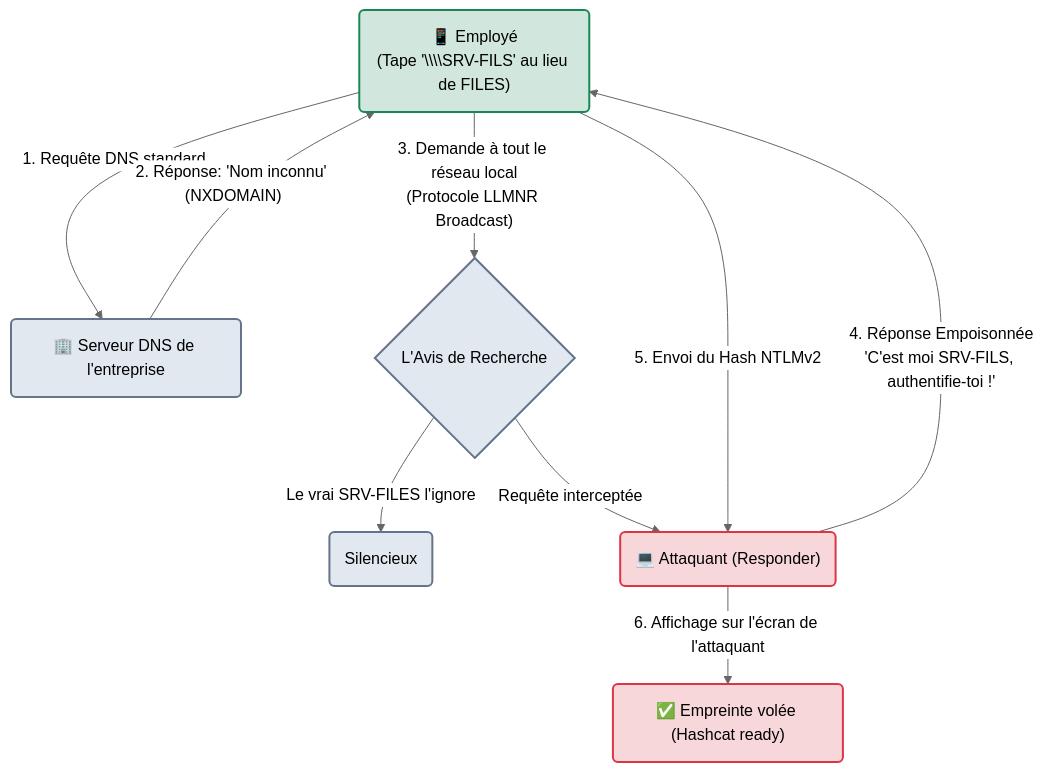
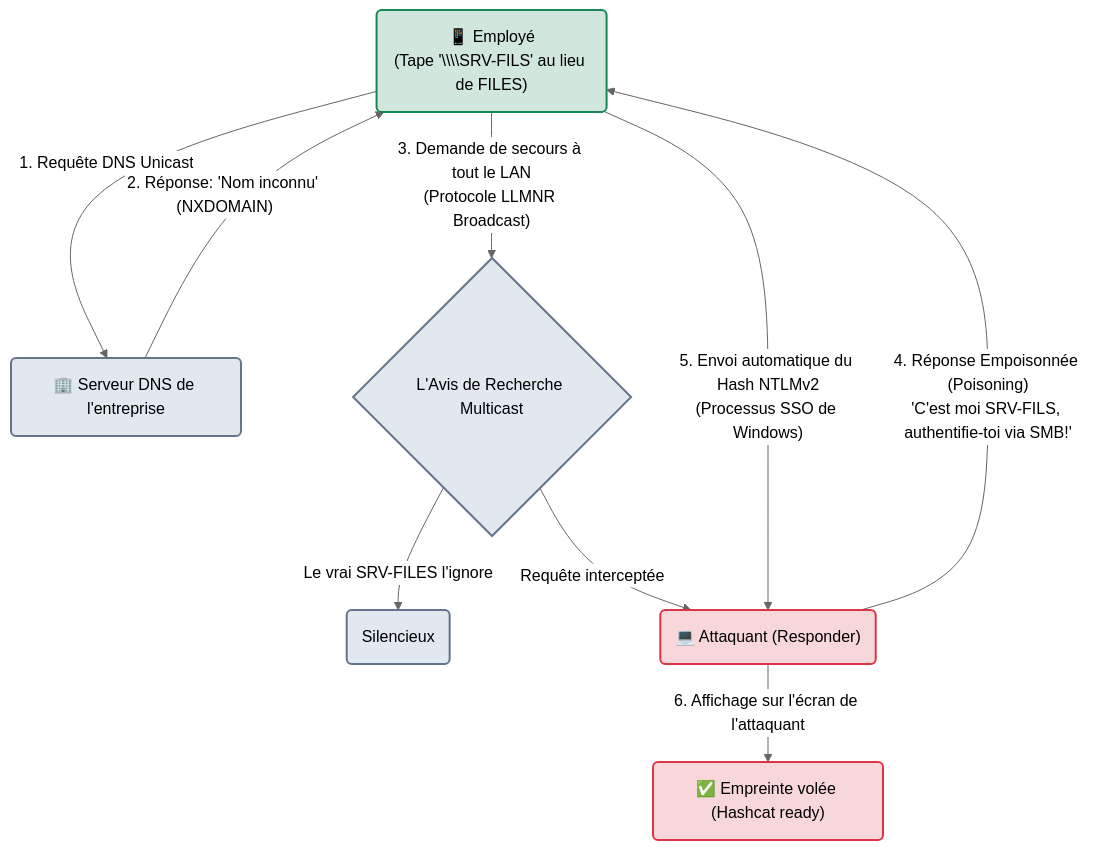
The diagram in docs/cyber/tools/network/responder.md (zyrass/omnydocs), drawn with Mermaid (neutral theme) before and after one commit. The commit also changed other lines of this file and 1780 other files, not shown here.

````diff
--- a/docs/cyber/tools/network/responder.md
+++ b/docs/cyber/tools/network/responder.md
@@ -36,26 +36,26 @@
 ```mermaid
 flowchart TD
     %% Couleurs à fort contraste
     classDef attacker fill:#f8d7da,stroke:#dc3545,stroke-width:2px,color:#000
     classDef victim fill:#d1e7dd,stroke:#198754,stroke-width:2px,color:#000
     classDef infra fill:#e2e8f0,stroke:#64748b,stroke-width:2px,color:#000
 
-    A("📱 Employé<br>(Tape '\\\\SRV-FILS' au lieu de FILES)") -->|"1. Requête DNS standard"| B("🏢 Serveur DNS de l'entreprise")
+    A("📱 Employé<br>(Tape '\\\\SRV-FILS' au lieu de FILES)") -->|"1. Requête DNS Unicast"| B("🏢 Serveur DNS de l'entreprise")
     
     B -->|"2. Réponse: 'Nom inconnu' (NXDOMAIN)"| A
     
-    A -->|"3. Demande à tout le réseau local<br>(Protocole LLMNR Broadcast)"| C{"L'Avis de Recherche"}
+    A -->|"3. Demande de secours à tout le LAN<br>(Protocole LLMNR Broadcast)"| C{"L'Avis de Recherche Multicast"}
     
     C -->|"Le vrai SRV-FILES l'ignore"| D("Silencieux")
     C -->|"Requête interceptée"| E("💻 Attaquant (Responder)")
     
-    E -->|"4. Réponse Empoisonnée<br>'C'est moi SRV-FILS, authentifie-toi !'"| A
+    E -->|"4. Réponse Empoisonnée (Poisoning)<br>'C'est moi SRV-FILS, authentifie-toi via SMB!'"| A
     
-    A -->|"5. Envoi du Hash NTLMv2"| E
+    A -->|"5. Envoi automatique du Hash NTLMv2<br>(Processus SSO de Windows)"| E
     
     E -->|"6. Affichage sur l'écran de l'attaquant"| F("✅ Empreinte volée (Hashcat ready)")
 
     class E,F attacker
     class A victim
     class B,C,D infra
 ```
````
